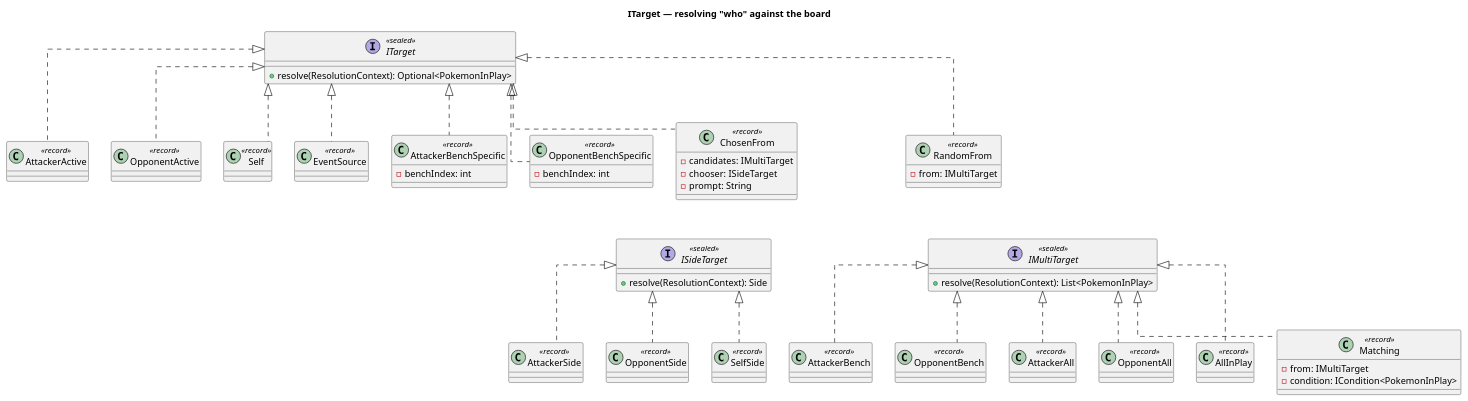
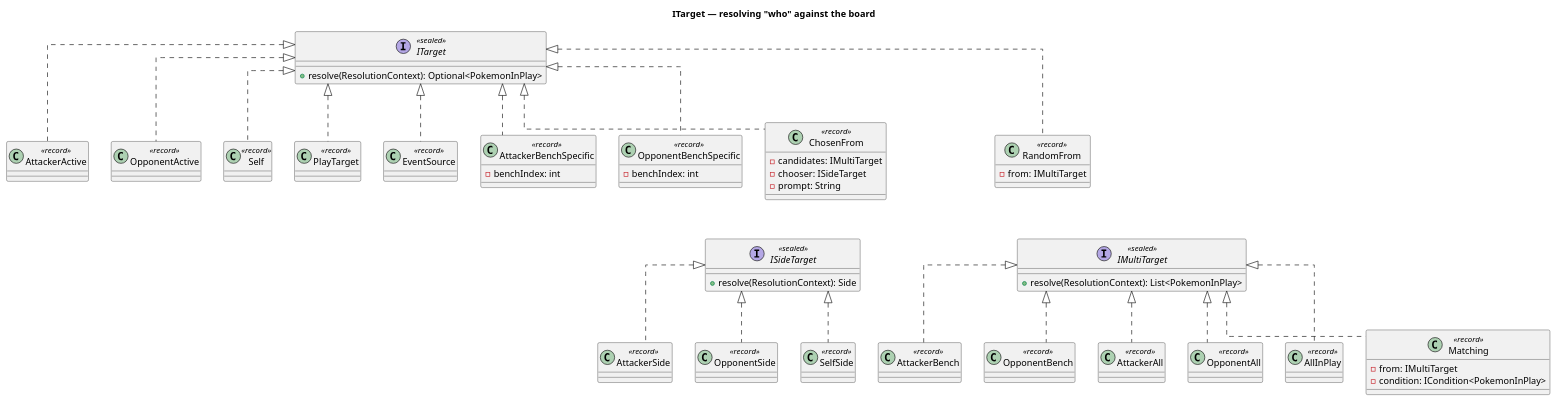
The diagram in docs/UML/ITarget.puml (Richie-Moon/TCGPocketBattler), drawn with PlantUML before and after one commit. The commit also changed 28 other files, not shown here.

```diff
--- a/docs/UML/ITarget.puml
+++ b/docs/UML/ITarget.puml
@@ -1,88 +1,92 @@
 @startuml
 title ITarget — resolving "who" against the board
 
 skinparam linetype ortho
 
 interface ITarget <<sealed>> {
     + resolve(ResolutionContext): Optional<PokemonInPlay>
 }
 
 /'
   Optional, because a target can legitimately fail to resolve — an empty bench,
   a knocked-out active. An IEffect whose target does not resolve returns
   EffectOutcome.FAILED, which is what makes "If you do, ..." chains work.
   See IAttempt.puml.
 '/
 
 /' --- turn-relative --- '/
 class AttackerActive <<record>> implements ITarget {}
 class OpponentActive <<record>> implements ITarget {}
 
 /' --- source-relative --- '/
 /' The card whose text is resolving. Without this, a Tool's trigger could not
    say "the Pokemon I am attached to": every other target is relative to whose
    turn it is, which is not the same thing once triggers exist. '/
 class Self <<record>> implements ITarget {}
+
+/' The Pokemon a Trainer was dragged onto, fixed when the card was played, so
+   it asks nobody anything. Reads ResolutionContext.playTarget. '/
+class PlayTarget <<record>> implements ITarget {}
 
 /' Only while a trigger is resolving; reads ResolutionContext.event.
    Lets a card retaliate against whatever just hit it. '/
 class EventSource <<record>> implements ITarget {}
 
 /' --- index-addressed: the caller already knows which one --- '/
 class AttackerBenchSpecific <<record>> implements ITarget {
     - benchIndex: int
 }
 class OpponentBenchSpecific <<record>> implements ITarget {
     - benchIndex: int
 }
 
 /' --- agent-addressed: asked at resolution time --- '/
 /' "Choose 1 of your opponent's Benched Pokemon" is a decision made when the
    attack resolves, not when the card is built. These delegate to
    IPlayer.choose. See IPlayer.puml. '/
 class ChosenFrom <<record>> implements ITarget {
     - candidates: IMultiTarget
     /' Which player picks — not always the controller. '/
     - chooser: ISideTarget
     - prompt: String
 }
 
 /' --- chance-addressed: drawn from Battle.rng at resolution time --- '/
 /' "1 of your Benched Pokemon at random". One node over any group instead of a
    *Random record per group. Like ChosenFrom, never resolve it from isLegal. '/
 class RandomFrom <<record>> implements ITarget {
     - from: IMultiTarget
 }
 
 /' Formatting only, these are not real relationships. '/
 RandomFrom -[hidden]- IMultiTarget
 ChosenFrom -[hidden]- ISideTarget
 
 interface IMultiTarget <<sealed>> {
     + resolve(ResolutionContext): List<PokemonInPlay>
 }
 
 class AttackerBench <<record>> implements IMultiTarget {}
 class OpponentBench <<record>> implements IMultiTarget {}
 class AttackerAll <<record>> implements IMultiTarget {}
 class OpponentAll <<record>> implements IMultiTarget {}
 class AllInPlay <<record>> implements IMultiTarget {}
 
 /' Narrows a group before choosing or hitting it, e.g. "each of your
    Lightning Pokemon". Reuses the card conditions from ICondition.puml. '/
 class Matching <<record>> implements IMultiTarget {
     - from: IMultiTarget
     - condition: ICondition<PokemonInPlay>
 }
 
 interface ISideTarget <<sealed>> {
     + resolve(ResolutionContext): Side
 }
 
 class AttackerSide <<record>> implements ISideTarget {}
 class OpponentSide <<record>> implements ISideTarget {}
 /' The side controlling the resolving card — differs from AttackerSide when a
    trigger fires on the defender's card during the attacker's turn. '/
 class SelfSide <<record>> implements ISideTarget {}
 
 @enduml
```
